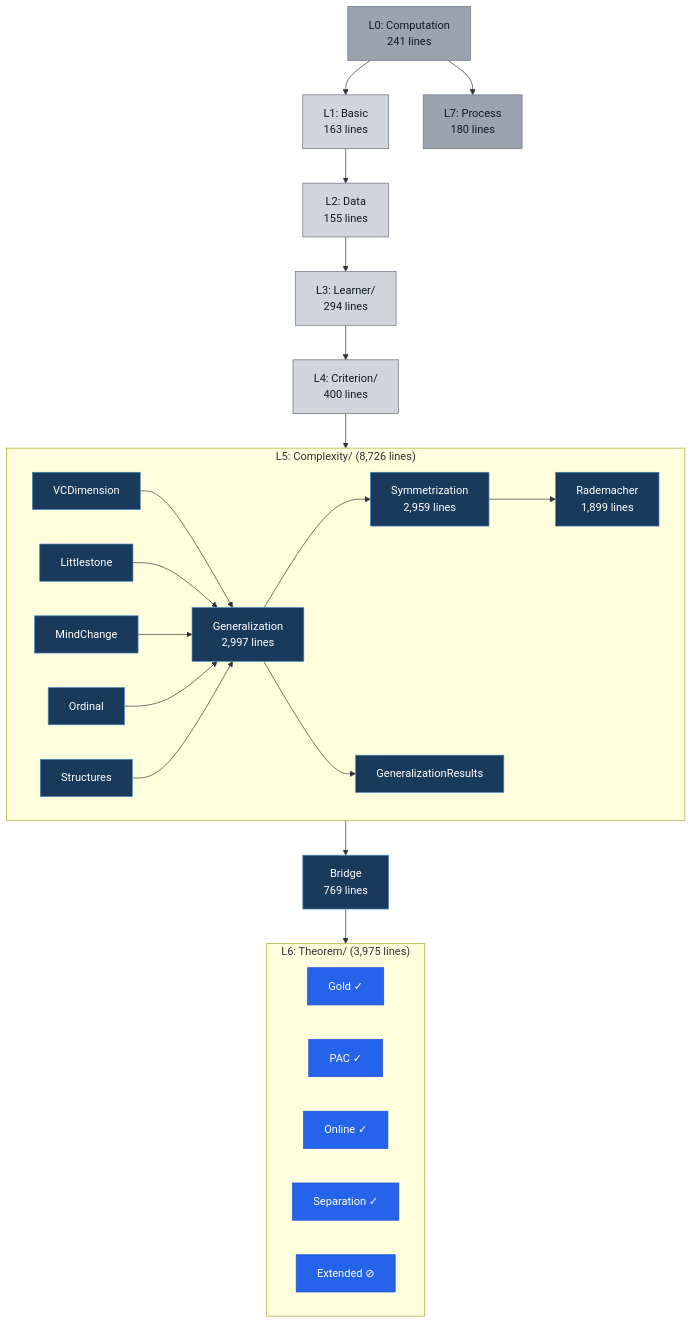
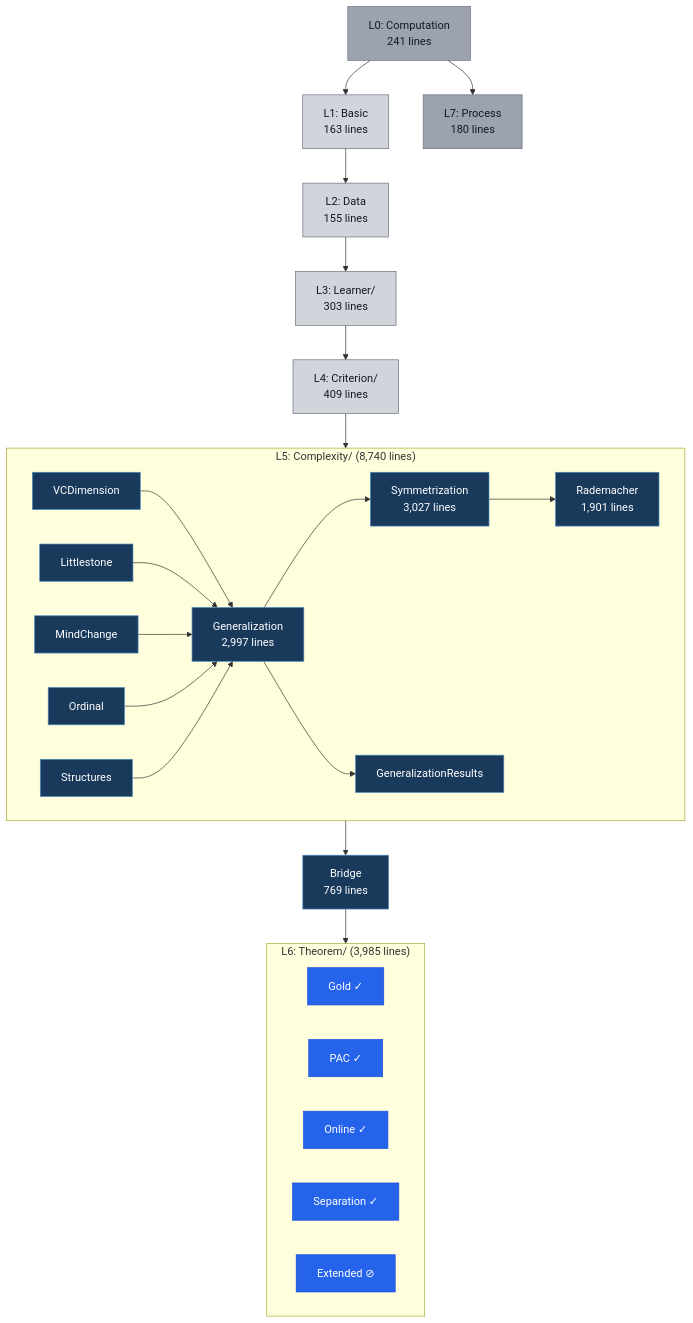
Before and after one commit to Zetetic-Dhruv/formal-learning-theory-kernel: the third of 5 diagrams in README.md, drawn with Mermaid. The commit also changed other lines of this file and 1 other file, not shown here.

````diff
--- a/README.md
+++ b/README.md
@@ -116,55 +116,55 @@
 ```mermaid
 flowchart TB
     classDef types fill:#d1d5db,stroke:#6b7280,color:#111827
     classDef infra fill:#1a3a5c,stroke:#4a8abf,color:#fff
     classDef thm fill:#2563eb,stroke:#1d4ed8,color:#fff
     classDef vocab fill:#9ca3af,stroke:#6b7280,color:#111827
 
     L0["L0: Computation\n241 lines"]:::vocab
     L1["L1: Basic\n163 lines"]:::types
     L2["L2: Data\n155 lines"]:::types
-    L3["L3: Learner/\n294 lines"]:::types
-    L4["L4: Criterion/\n400 lines"]:::types
+    L3["L3: Learner/\n303 lines"]:::types
+    L4["L4: Criterion/\n409 lines"]:::types
 
-    subgraph L5["L5: Complexity/ (8,726 lines)"]
+    subgraph L5["L5: Complexity/ (8,740 lines)"]
         VCD["VCDimension"]:::infra
         LIT["Littlestone"]:::infra
         MC["MindChange"]:::infra
         ORD["Ordinal"]:::infra
         STR["Structures"]:::infra
         GEN["Generalization\n2,997 lines"]:::infra
-        SYM["Symmetrization\n2,959 lines"]:::infra
-        RAD2["Rademacher\n1,899 lines"]:::infra
+        SYM["Symmetrization\n3,027 lines"]:::infra
+        RAD2["Rademacher\n1,901 lines"]:::infra
         GR["GeneralizationResults"]:::infra
     end
 
     BR["Bridge\n769 lines"]:::infra
 
-    subgraph L6["L6: Theorem/ (3,975 lines)"]
+    subgraph L6["L6: Theorem/ (3,985 lines)"]
         GOLD["Gold ✓"]:::thm
         TPAC["PAC ✓"]:::thm
         TONL["Online ✓"]:::thm
         SEP["Separation ✓"]:::thm
         EXT["Extended ⊘"]:::thm
     end
 
     L7["L7: Process\n180 lines"]:::vocab
 
     L0 --> L1
     L1 --> L2
     L2 --> L3
     L3 --> L4
     L4 --> L5
     L5 --> BR
     BR --> L6
     L0 --> L7
 
     VCD --> GEN
     LIT --> GEN
     MC --> GEN
     ORD --> GEN
     STR --> GEN
     GEN --> SYM
     SYM --> RAD2
     GEN --> GR
 ```
````
